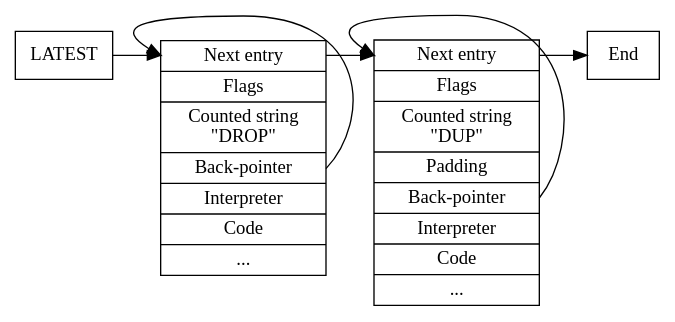
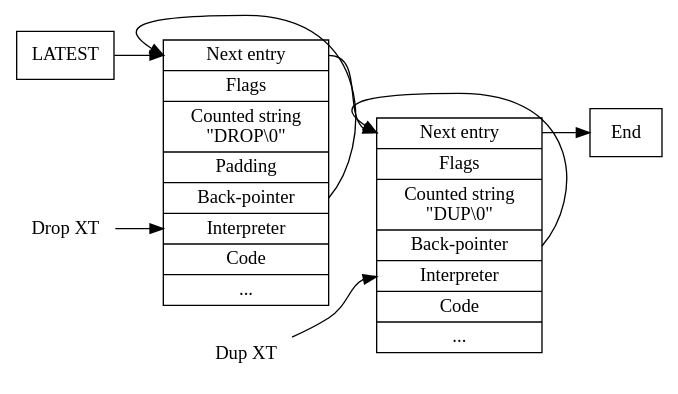
The second of 2 diagrams in pi-bootstrap.org (KoviRobi/simple-forth), drawn with Graphviz before and after one commit. The commit also changed other lines of this file and 3 other files, not shown here.

```diff
--- a/pi-bootstrap.org
+++ b/pi-bootstrap.org
@@ -107,17 +107,21 @@
 #+BEGIN_SRC dot :file forth-dictionary.png :cache yes
   digraph {
     rankdir=LR;
     node [shape="record"];
 
-    DROP [label="<0> Next entry | Flags |Counted string\n\"DROP\" | <1> Back-pointer | Interpreter | Code | ..."];
-    DUP [label="<0> Next entry | Flags | Counted string\n\"DUP\" | Padding | <1> Back-pointer | Interpreter | Code | ..."];
+    DROP_XT [label="Drop XT", shape=none];
+    DUP_XT [label="Dup XT", shape=none];
+    DROP [label="<0> Next entry | Flags |Counted string\n\"DROP\\0\" | Padding | <1> Back-pointer | <xt> Interpreter | Code | ..."];
+    DUP [label="<0> Next entry | Flags | Counted string\n\"DUP\\0\" | <1> Back-pointer | <xt> Interpreter | Code | ..."];
 
     LAST_ENTRY [label="End"];
 
     LATEST -> DROP:0
+    DROP_XT -> DROP:xt
     DROP:1:e -> DROP:0:w
+    DUP_XT -> DUP:xt
     DROP:0 -> DUP:0
     DUP:1:e -> DUP:0:w
     DUP:0 -> LAST_ENTRY
   }
 #+END_SRC
```
